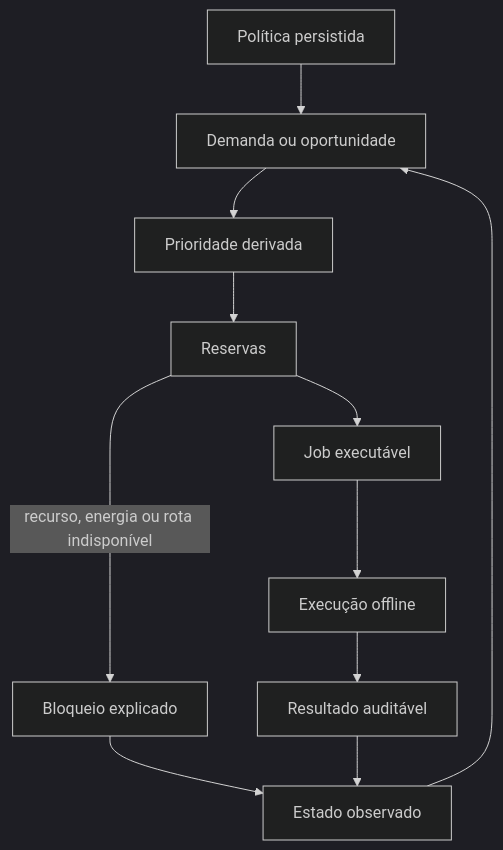
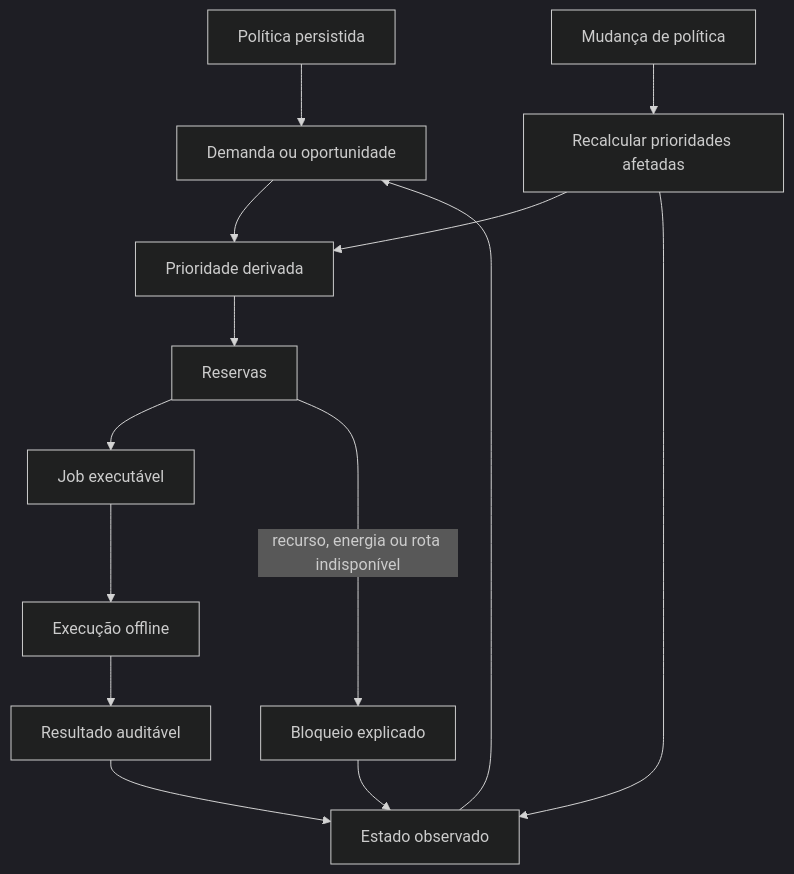
One commit to Jobisss/online-colony changed the second of 2 diagrams in docs/systems/autonomy.md. Above: the diagram before and after it, drawn with Mermaid (dark theme). The commit also changed other lines of this file and 3 other files, not shown here.

````diff
--- a/docs/systems/autonomy.md
+++ b/docs/systems/autonomy.md
@@ -67,23 +68,28 @@
 ```mermaid
 flowchart TD
     Policy[Política persistida]
     State[Estado observado]
     Demand[Demanda ou oportunidade]
     Priority[Prioridade derivada]
     Reserve[Reservas]
     Job[Job executável]
     Execute[Execução offline]
     Outcome[Resultado auditável]
     Blocked[Bloqueio explicado]
+    PolicyChanged[Mudança de política]
+    Recalculate[Recalcular prioridades afetadas]
 
     Policy --> Demand
     State --> Demand
     Demand --> Priority
     Priority --> Reserve
     Reserve --> Job
     Job --> Execute
     Execute --> Outcome
     Reserve -->|recurso, energia ou rota indisponível| Blocked
     Blocked --> State
     Outcome --> State
+    PolicyChanged --> Recalculate
+    Recalculate --> Priority
+    Recalculate --> State
 ```
````
